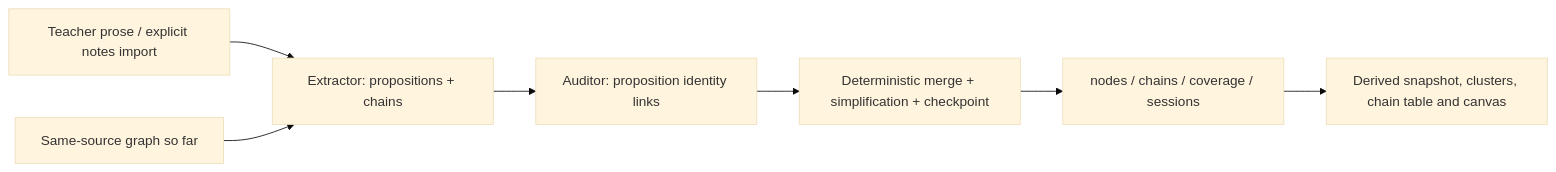
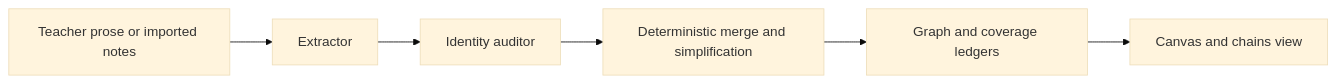
One commit to amosblomqvist/learnharness changed the second of 2 diagrams in docs/architecture.md. Above: the diagram before and after it, drawn with Mermaid (base theme). The commit also changed other lines of this file and 44 other files, not shown here.

````diff
--- a/docs/architecture.md
+++ b/docs/architecture.md
@@ -135,9 +98,8 @@
 ```mermaid
 flowchart LR
-    SOURCE["Teacher prose / explicit notes import"] --> EXTRACT["Extractor: propositions + chains"]
-    DIGEST["Same-source graph so far"] --> EXTRACT
-    EXTRACT --> AUDIT["Auditor: proposition identity links"]
-    AUDIT --> MERGE["Deterministic merge + simplification + checkpoint"]
-    MERGE --> LEDGERS["nodes / chains / coverage / sessions"]
-    LEDGERS --> READ["Derived snapshot, clusters, chain table and canvas"]
+    SOURCE[Teacher prose or imported notes] --> EXTRACT[Extractor]
+    EXTRACT --> AUDIT[Identity auditor]
+    AUDIT --> MERGE[Deterministic merge and simplification]
+    MERGE --> LEDGERS[Graph and coverage ledgers]
+    LEDGERS --> VIEW[Canvas and chains view]
 ```
````
